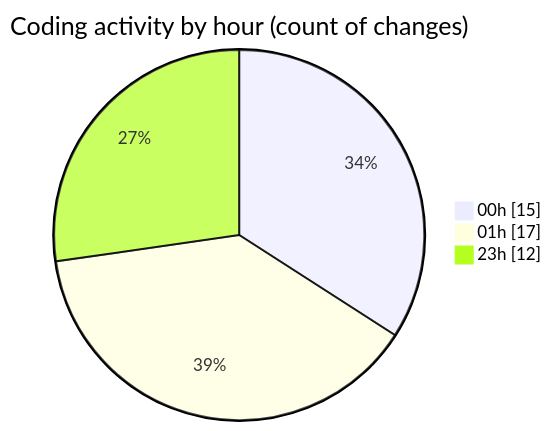
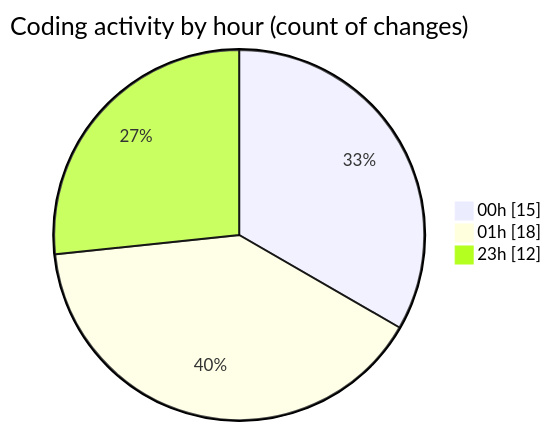
The second of 2 diagrams in 2025-10-31/eventscop-frontend-guide__workspace_/README.md (julien-gomy/code-tracking), drawn with Mermaid before and after one commit. The commit also changed other lines of this file and 1 other file, not shown here.

````diff
--- a/2025-10-31/eventscop-frontend-guide__workspace_/README.md
+++ b/2025-10-31/eventscop-frontend-guide__workspace_/README.md
@@ -37,7 +37,7 @@
 ```mermaid
 pie showData
 title Coding activity by hour (count of changes)
 "00h" : 15
-"01h" : 17
+"01h" : 18
 "23h" : 12
 ```
````
